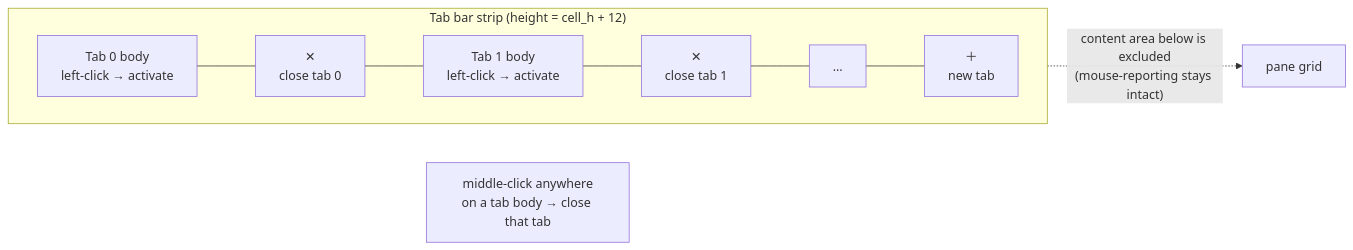
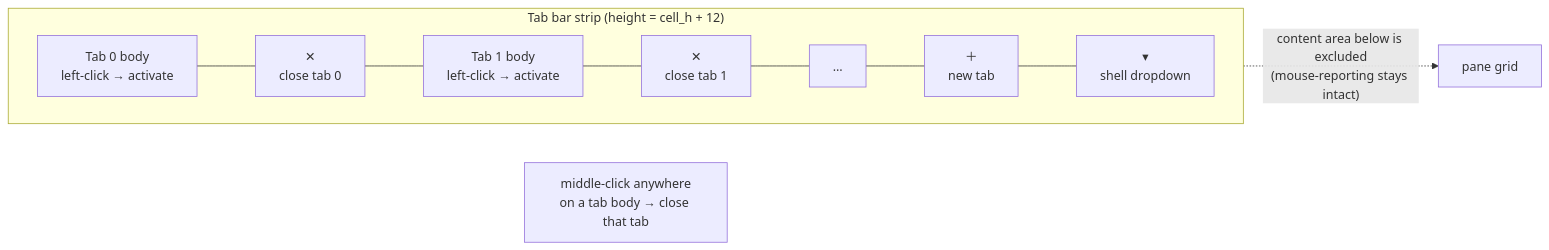
The diagram in docs/UX-COMPARISON.md (Reddimus/kettle), drawn with Mermaid before and after one commit. The commit also changed other lines of this file and 14 other files, not shown here.

````diff
--- a/docs/UX-COMPARISON.md
+++ b/docs/UX-COMPARISON.md
@@ -140,11 +144,11 @@
 ```mermaid
 flowchart LR
     subgraph TabBar["Tab bar strip (height = cell_h + 12)"]
         direction LR
         T0["Tab 0 body<br/>left-click → activate"] --- X0["✕<br/>close tab 0"]
         X0 --- T1["Tab 1 body<br/>left-click → activate"] --- X1["✕<br/>close tab 1"]
-        X1 --- GAP[" … "] --- PLUS["＋<br/>new tab"]
+        X1 --- GAP[" … "] --- PLUS["＋<br/>new tab"] --- DROP["▾<br/>shell dropdown"]
     end
     click0["middle-click anywhere<br/>on a tab body → close that tab"]
     TabBar -. "content area below is excluded<br/>(mouse-reporting stays intact)" .-> Body["pane grid"]
 ```
````
